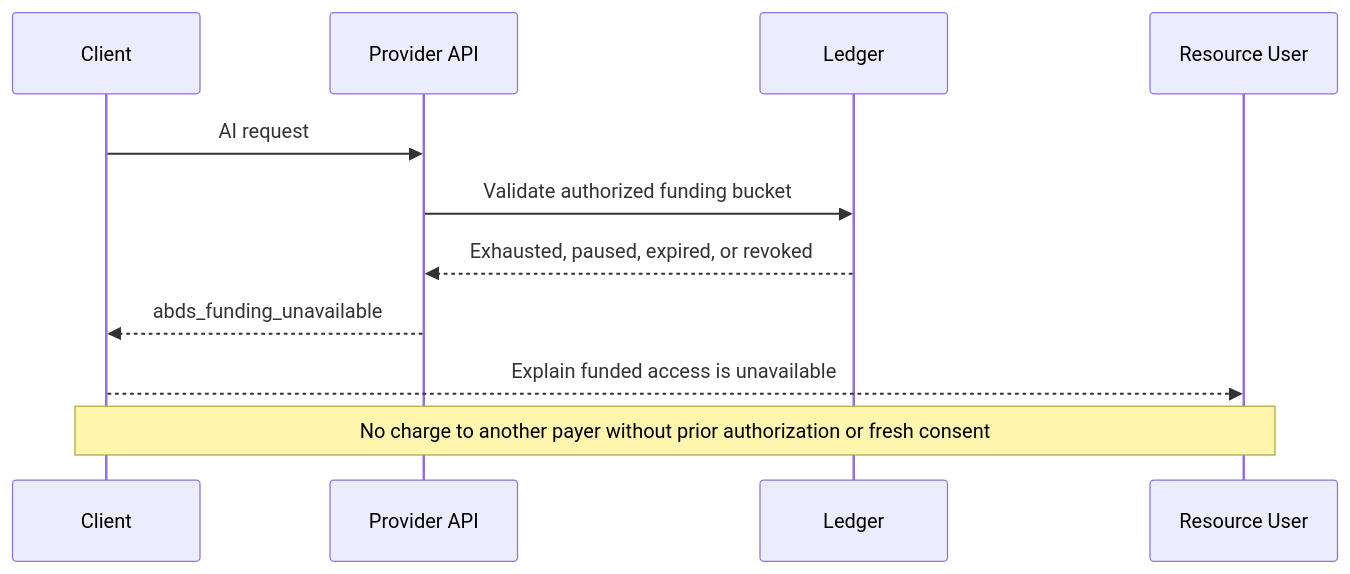
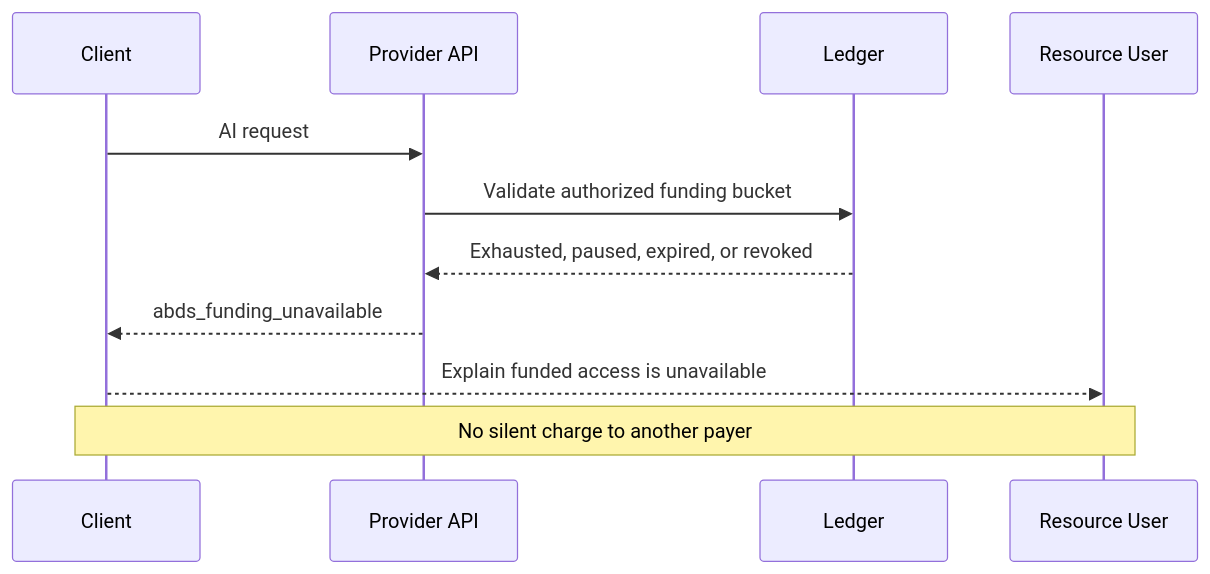
Diagram 11 of 11 in FLOWS.md (MJohnstonAI/ai-billing-delegation), drawn with Mermaid before and after one commit. The commit also changed other lines of this file, not shown here.

Commit message:
docs: add ABDS v0.6 evidence and reconciliation flows

````diff
--- a/FLOWS.md
+++ b/FLOWS.md
@@ -214,14 +196,14 @@
 ```mermaid
 sequenceDiagram
     participant A as Client
     participant API as Provider API
     participant L as Ledger
     participant U as Resource User
 
     A->>API: AI request
     API->>L: Validate authorized funding bucket
     L-->>API: Exhausted, paused, expired, or revoked
     API-->>A: abds_funding_unavailable
     A-->>U: Explain funded access is unavailable
-    Note over A,U: No charge to another payer without prior authorization or fresh consent
+    Note over A,U: No silent charge to another payer
 ```
````
